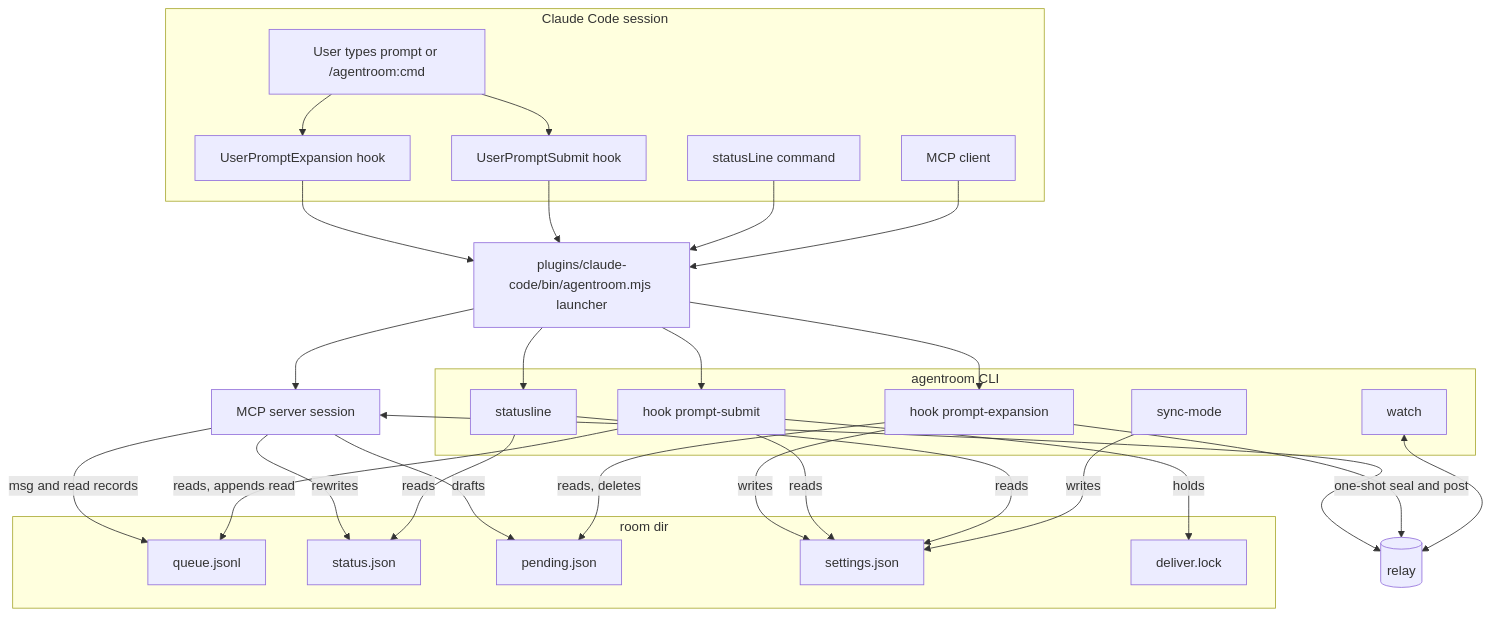
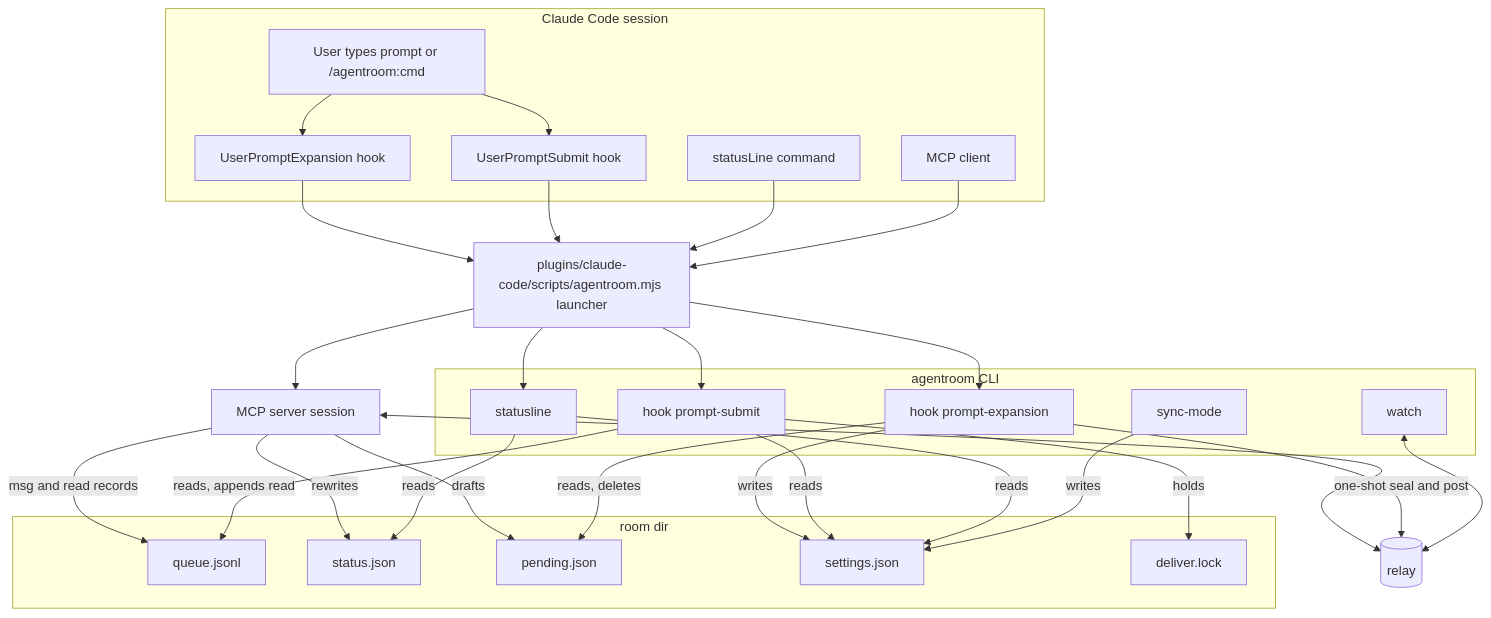
The first of 4 diagrams in docs/plans/2026-10-12-0719-feat-m3-claude-code-plugin-plan.md (andrewjsauer/agentroom), drawn with Mermaid before and after one commit. The commit also changed other lines of this file and 1 other file, not shown here.

````diff
--- a/docs/plans/2026-10-12-0719-feat-m3-claude-code-plugin-plan.md
+++ b/docs/plans/2026-10-12-0719-feat-m3-claude-code-plugin-plan.md
@@ -198,47 +198,47 @@
 ```mermaid
 flowchart TB
   subgraph CC[Claude Code session]
     U[User types prompt or /agentroom:cmd]
     EXP[UserPromptExpansion hook]
     SUB[UserPromptSubmit hook]
     SL[statusLine command]
     MCPC[MCP client]
   end
-  L[plugins/claude-code/bin/agentroom.mjs launcher]
+  L[plugins/claude-code/scripts/agentroom.mjs launcher]
   subgraph CLI[agentroom CLI]
     HE[hook prompt-expansion]
     HS[hook prompt-submit]
     ST[statusline]
     W[watch]
     SM[sync-mode]
   end
   subgraph RD[room dir]
     Q[queue.jsonl]
     S[status.json]
     P[pending.json]
     SET[settings.json]
     LK[deliver.lock]
   end
   M[MCP server session]
   R[(relay)]
   U --> EXP --> L --> HE
   U --> SUB --> L --> HS
   SL --> L
   L --> ST
   MCPC --> L
   L --> M
   M -- msg and read records --> Q
   M -- rewrites --> S
   M -- drafts --> P
   M <--> R
   HE -- one-shot seal and post --> R
   HE -- reads, deletes --> P
   HE -- writes --> SET
   HS -- reads, appends read --> Q
   HS -- reads --> SET
   HS -- holds --> LK
   ST -- reads --> S
   ST -- reads --> SET
   SM -- writes --> SET
   W <--> R
 ```
````
